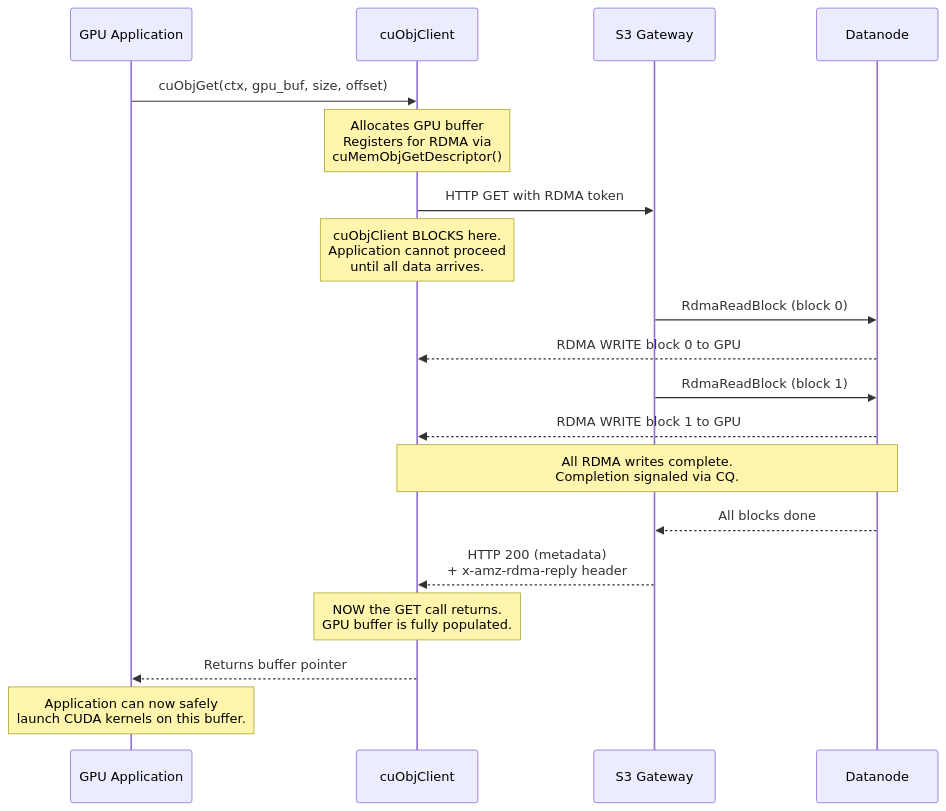
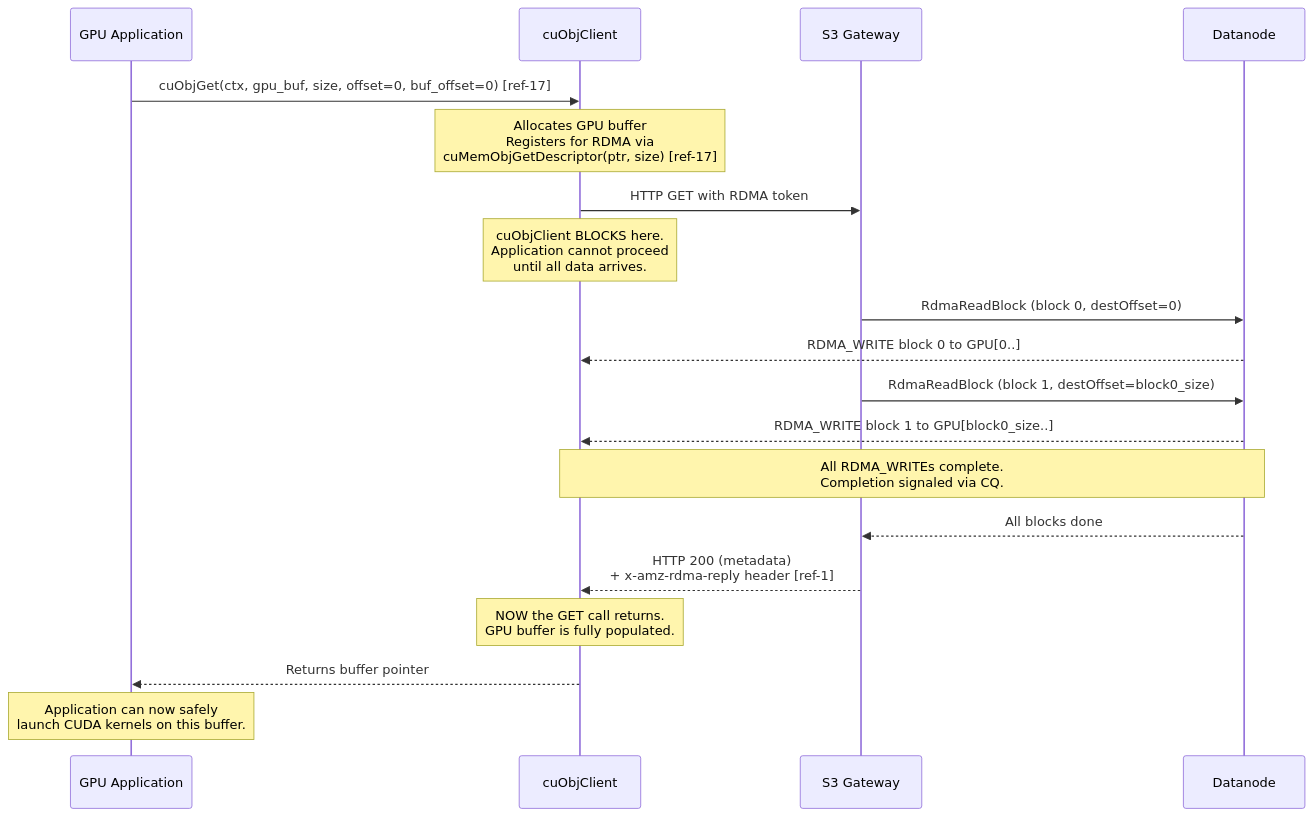
Before and after one commit to ptlrs/ozone: the eighth of 17 diagrams in docs/gds-dn-direct-rdma-implementation-spec.md, drawn with Mermaid. The commit also changed other lines of this file, not shown here.

Commit message:
GPUDIRECT. Update GPUDirect Storage spec to version 3.0 with phased S3 GET RDMA integration details

````diff
--- a/docs/gds-dn-direct-rdma-implementation-spec.md
+++ b/docs/gds-dn-direct-rdma-implementation-spec.md
@@ -478,21 +516,22 @@
 ```mermaid
 sequenceDiagram
   participant App as GPU Application
   participant cuObj as cuObjClient
   participant GW as S3 Gateway
   participant DN as Datanode
-  App ->> cuObj: cuObjGet(ctx, gpu_buf, size, offset)
-  Note over cuObj: Allocates GPU buffer<br/>Registers for RDMA via<br/>cuMemObjGetDescriptor()
+
+  App ->> cuObj: cuObjGet(ctx, gpu_buf, size, offset=0, buf_offset=0) [ref-17]
+  Note over cuObj: Allocates GPU buffer<br/>Registers for RDMA via<br/>cuMemObjGetDescriptor(ptr, size) [ref-17]
   cuObj ->> GW: HTTP GET with RDMA token
   Note over cuObj: cuObjClient BLOCKS here.<br/>Application cannot proceed<br/>until all data arrives.
-  GW ->> DN: RdmaReadBlock (block 0)
-  DN -->> cuObj: RDMA WRITE block 0 to GPU
-  GW ->> DN: RdmaReadBlock (block 1)
-  DN -->> cuObj: RDMA WRITE block 1 to GPU
-  Note over DN, cuObj: All RDMA writes complete.<br/>Completion signaled via CQ.
+  GW ->> DN: RdmaReadBlock (block 0, destOffset=0)
+  DN -->> cuObj: RDMA_WRITE block 0 to GPU[0..]
+  GW ->> DN: RdmaReadBlock (block 1, destOffset=block0_size)
+  DN -->> cuObj: RDMA_WRITE block 1 to GPU[block0_size..]
+  Note over DN,cuObj: All RDMA_WRITEs complete.<br/>Completion signaled via CQ.
   DN -->> GW: All blocks done
-  GW -->> cuObj: HTTP 200 (metadata)<br/>+ x-amz-rdma-reply header
+  GW -->> cuObj: HTTP 200 (metadata)<br/>+ x-amz-rdma-reply header [ref-1]
   Note over cuObj: NOW the GET call returns.<br/>GPU buffer is fully populated.
   cuObj -->> App: Returns buffer pointer
   Note over App: Application can now safely<br/>launch CUDA kernels on this buffer.
 ```
````
